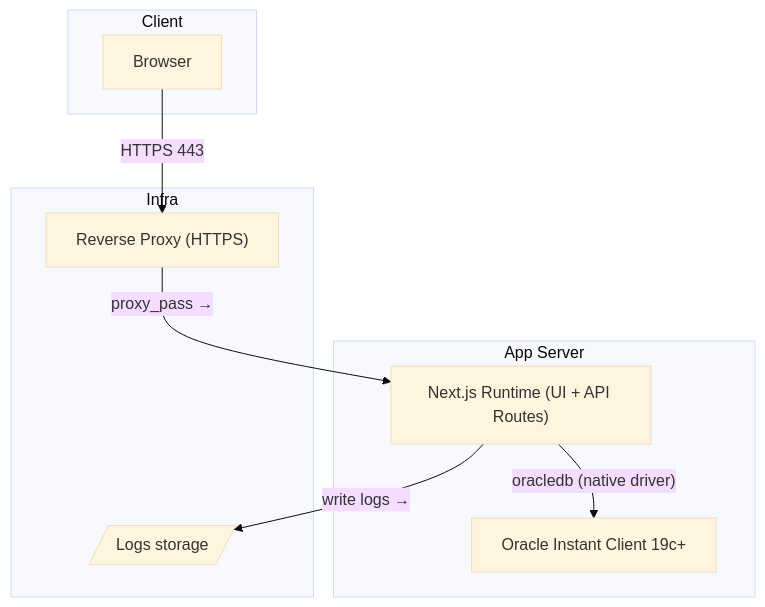
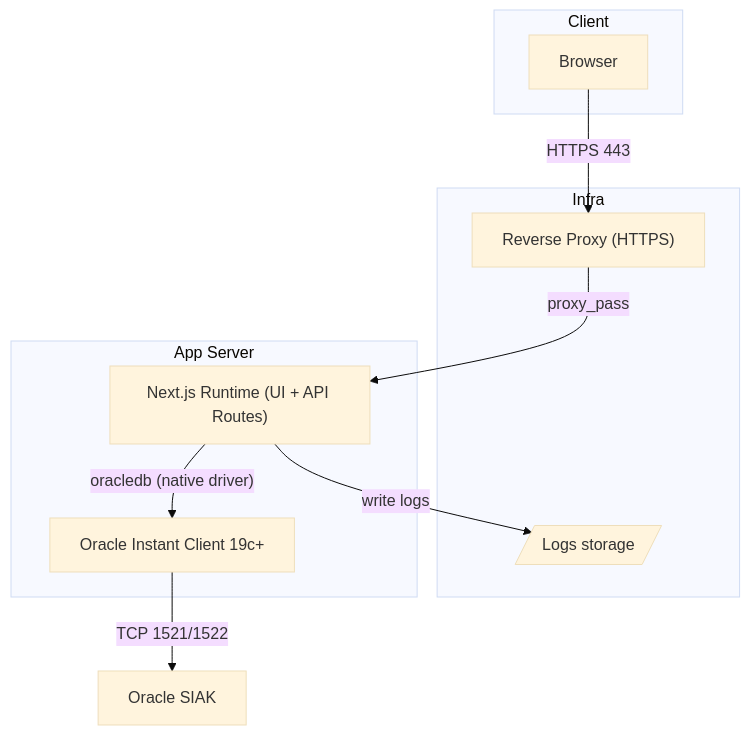
The fourth of 5 diagrams in README.md (dianyanzen/Monitoring-Next), drawn with Mermaid (base theme) before and after one commit. The commit also changed other lines of this file, not shown here.

````diff
--- a/README.md
+++ b/README.md
@@ -225,24 +232,31 @@
 ```mermaid
 flowchart TB
-  %% ===== Nodes =====
+  %% ===== Client =====
   subgraph Client ["Client"]
     B["Browser"]
   end
 
+  %% ===== Infra =====
   subgraph Infra ["Infra"]
     RP["Reverse Proxy (HTTPS)"]
     FS[/"Logs storage"/]
   end
 
+  %% ===== App Server =====
   subgraph Server ["App Server"]
     N["Next.js Runtime (UI + API Routes)"]
     P["Oracle Instant Client 19c+"]
   end
 
+  %% ===== External DB =====
+  DB["Oracle SIAK"]
+
   %% ===== Flows =====
-  B -- "HTTPS 443" --> RP
-  RP -- "proxy_pass →" --> N
-  N -- "oracledb (native driver)" --> P
-  N -- "write logs →" --> FS
+  B -->|"HTTPS 443"| RP
+  RP -->|"proxy_pass"| N
+  N -->|"oracledb (native driver)"| P
+  P -->|"TCP 1521/1522"| DB
+  N -->|"write logs"| FS
+
 
 ```
````
